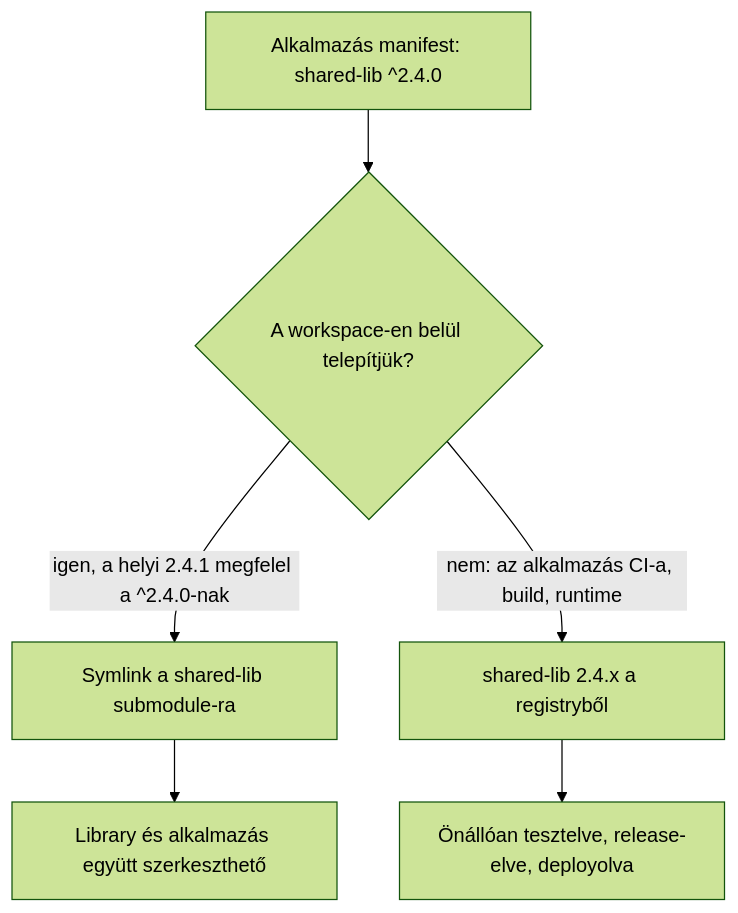
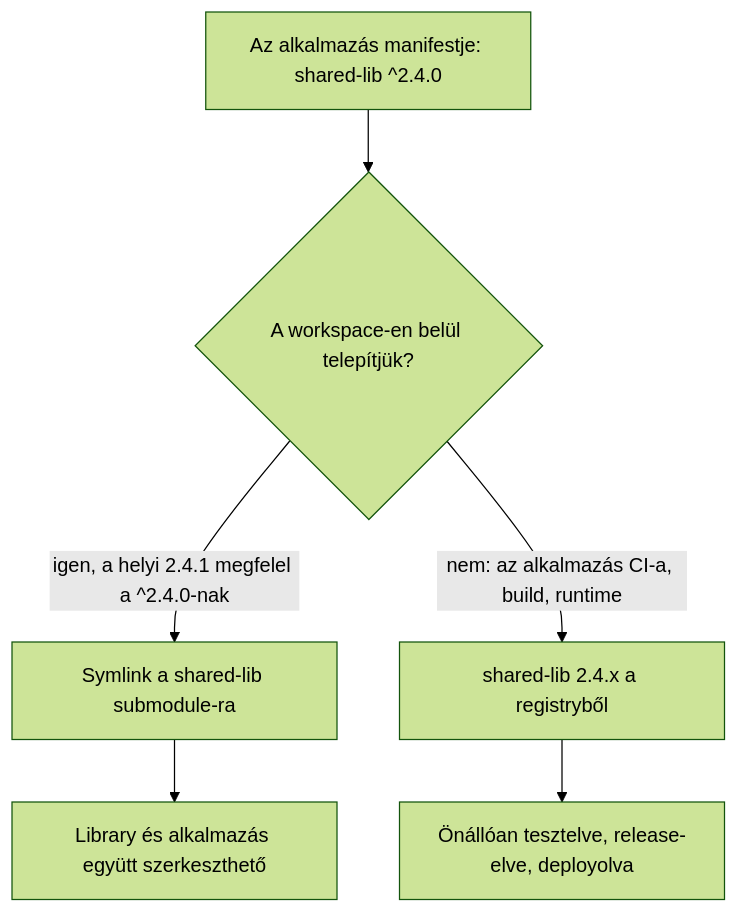
The diagram in posts/hu/git-submodule-development-workspace.md (monad-systems/monad.hu), drawn with Mermaid (forest theme) before and after one commit. The commit also changed other lines of this file and 6 other files, not shown here.

````diff
--- a/posts/hu/git-submodule-development-workspace.md
+++ b/posts/hu/git-submodule-development-workspace.md
@@ -39,8 +39,8 @@
 ```mermaid
 flowchart TD
-    M["Alkalmazás manifest: shared-lib ^2.4.0"] --> W{A workspace-en belül telepítjük?}
+    M["Az alkalmazás manifestje: shared-lib ^2.4.0"] --> W{A workspace-en belül telepítjük?}
     W -->|igen, a helyi 2.4.1 megfelel a ^2.4.0-nak| L[Symlink a shared-lib submodule-ra]
     W -->|nem: az alkalmazás CI-a, build, runtime| R[shared-lib 2.4.x a registryből]
     L --> D[Library és alkalmazás együtt szerkeszthető]
     R --> P[Önállóan tesztelve, release-elve, deployolva]
 ```
````
